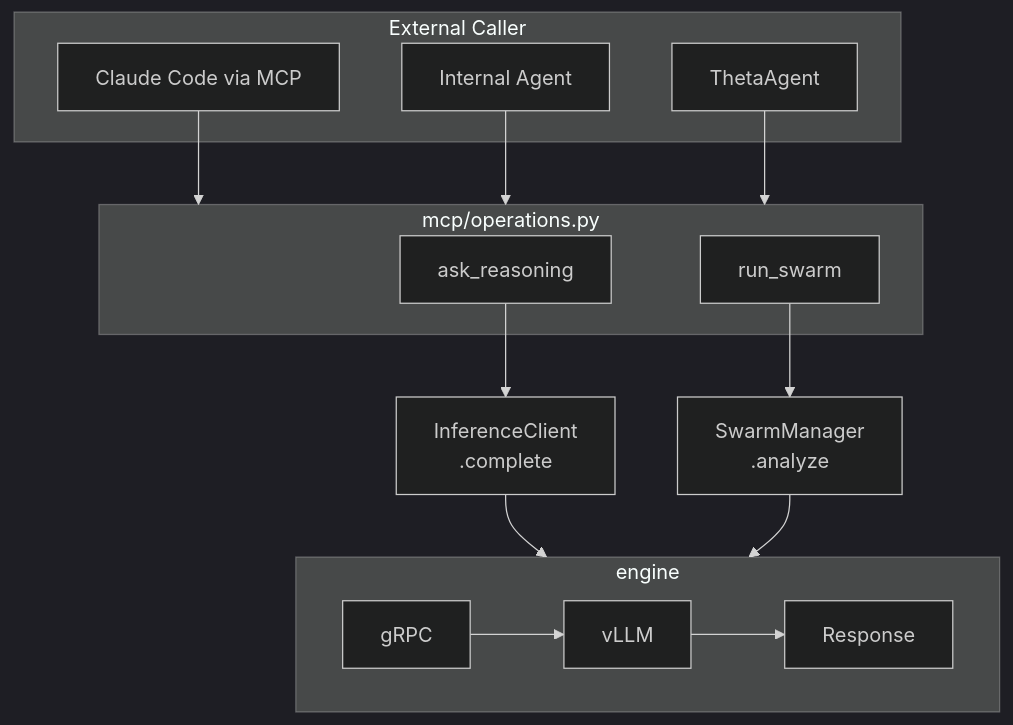
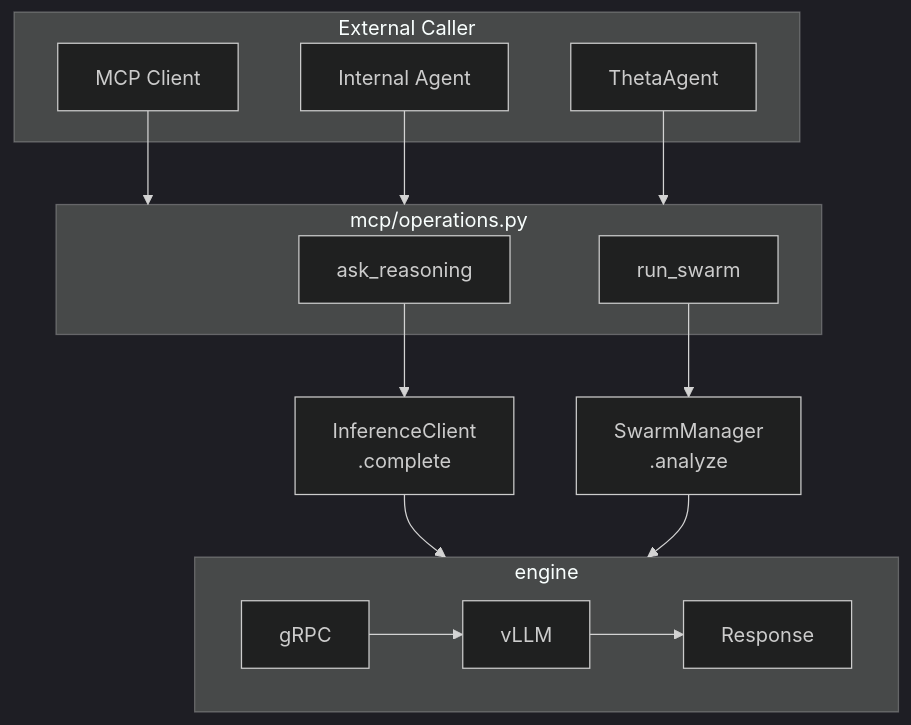
One commit to zndx/gaius changed the second of 2 diagrams in src/gaius/mcp/README.md. Above: the diagram before and after it, drawn with Mermaid (dark theme). The commit also changed other lines of this file and 22 other files, not shown here.

First line of the commit message:
refactor(acp): replace Claude Code references with Mistral Vibe

````diff
--- a/src/gaius/mcp/README.md
+++ b/src/gaius/mcp/README.md
@@ -184,32 +184,32 @@
 ```mermaid
 graph TB
     subgraph External["External Caller"]
-        CC[Claude Code via MCP]
+        CC[MCP Client]
         IA[Internal Agent]
         THETA[ThetaAgent]
     end
 
     subgraph MCP["mcp/operations.py"]
         ASK[ask_reasoning]
         SWARM[run_swarm]
     end
 
     IC[InferenceClient<br/>.complete]
     SM[SwarmManager<br/>.analyze]
 
     subgraph Engine["engine"]
         GRPC[gRPC]
         VLLM[vLLM]
         RESP[Response]
     end
 
     CC --> MCP
     IA --> MCP
     THETA --> MCP
     ASK --> IC
     SWARM --> SM
     IC --> Engine
     SM --> Engine
     GRPC --> VLLM
     VLLM --> RESP
 ```
````
